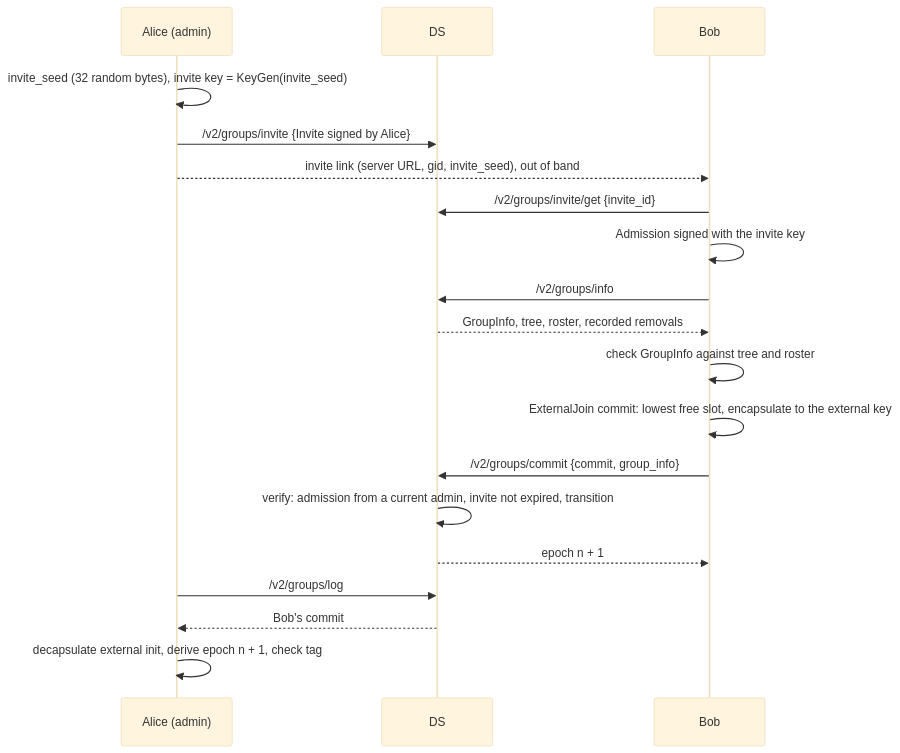
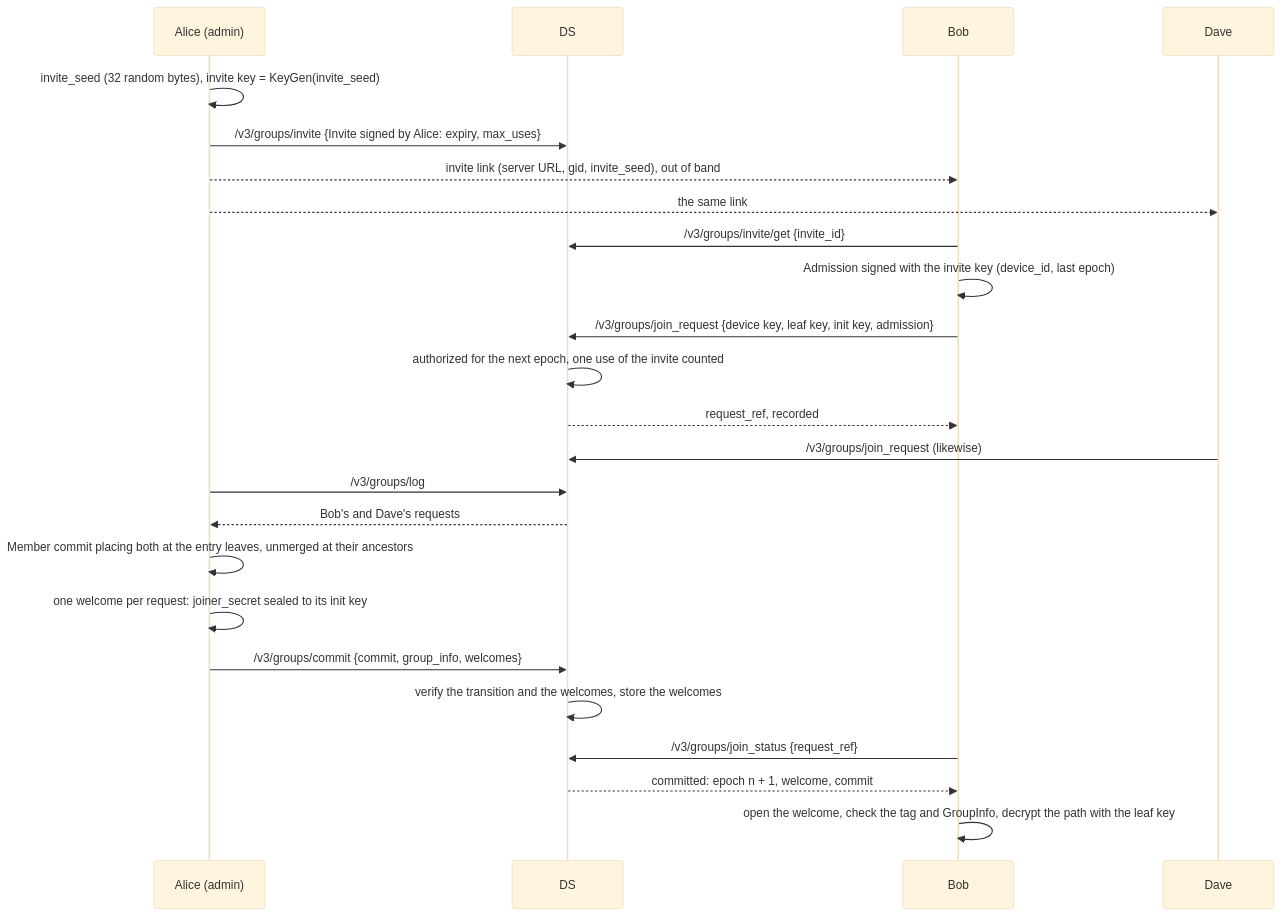
One commit to pwnsdx/cityg changed the second of 10 diagrams in docs/workflows.md. Above: the diagram before and after it, drawn with Mermaid (base theme). The commit also changed other lines of this file and 166 other files, not shown here.

````diff
--- a/docs/workflows.md
+++ b/docs/workflows.md
@@ -27,21 +27,26 @@
 ```mermaid
 sequenceDiagram
     participant A as Alice (admin)
     participant DS
     participant B as Bob
+    participant D as Dave
     A->>A: invite_seed (32 random bytes), invite key = KeyGen(invite_seed)
-    A->>DS: /v2/groups/invite {Invite signed by Alice}
+    A->>DS: /v3/groups/invite {Invite signed by Alice: expiry, max_uses}
     A-->>B: invite link (server URL, gid, invite_seed), out of band
-    B->>DS: /v2/groups/invite/get {invite_id}
-    B->>B: Admission signed with the invite key
-    B->>DS: /v2/groups/info
-    DS-->>B: GroupInfo, tree, roster, recorded removals
-    B->>B: check GroupInfo against tree and roster
-    B->>B: ExternalJoin commit: lowest free slot, encapsulate to the external key
-    B->>DS: /v2/groups/commit {commit, group_info}
-    DS->>DS: verify: admission from a current admin, invite not expired, transition
-    DS-->>B: epoch n + 1
-    A->>DS: /v2/groups/log
-    DS-->>A: Bob's commit
-    A->>A: decapsulate external init, derive epoch n + 1, check tag
+    A-->>D: the same link
+    B->>DS: /v3/groups/invite/get {invite_id}
+    B->>B: Admission signed with the invite key (device_id, last epoch)
+    B->>DS: /v3/groups/join_request {device key, leaf key, init key, admission}
+    DS->>DS: authorized for the next epoch, one use of the invite counted
+    DS-->>B: request_ref, recorded
+    D->>DS: /v3/groups/join_request (likewise)
+    A->>DS: /v3/groups/log
+    DS-->>A: Bob's and Dave's requests
+    A->>A: Member commit placing both at the entry leaves, unmerged at their ancestors
+    A->>A: one welcome per request: joiner_secret sealed to its init key
+    A->>DS: /v3/groups/commit {commit, group_info, welcomes}
+    DS->>DS: verify the transition and the welcomes, store the welcomes
+    B->>DS: /v3/groups/join_status {request_ref}
+    DS-->>B: committed: epoch n + 1, welcome, commit
+    B->>B: open the welcome, check the tag and GroupInfo, decrypt the path with the leaf key
 ```
````
